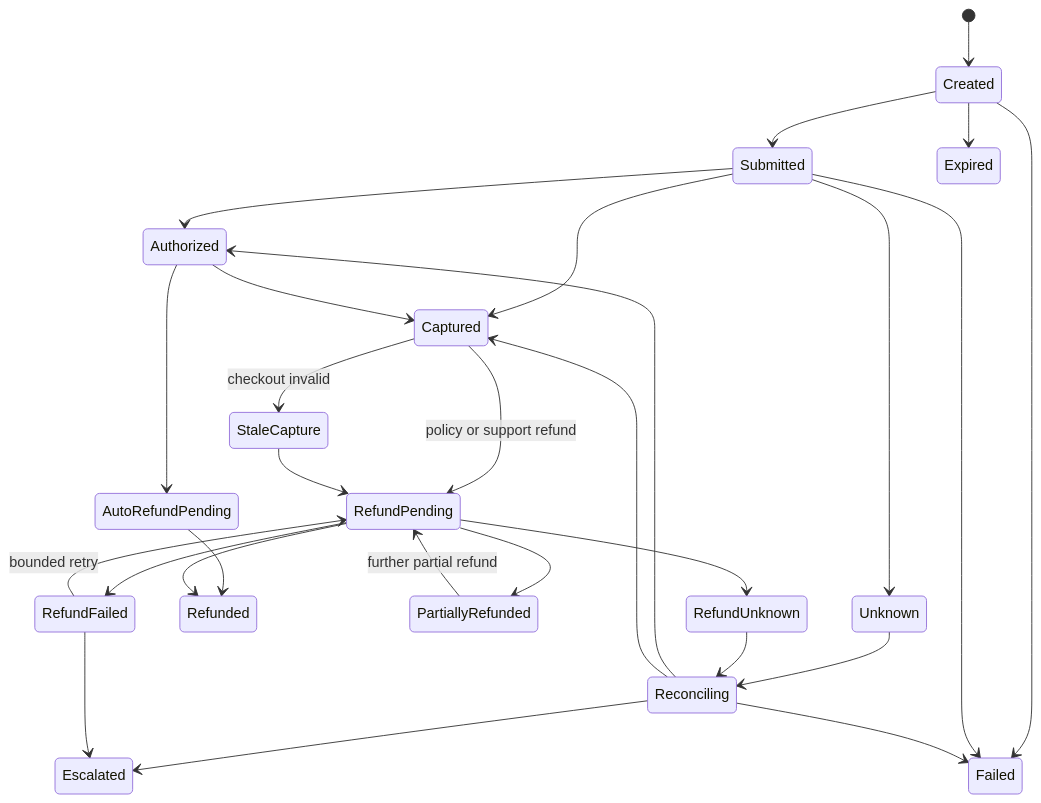
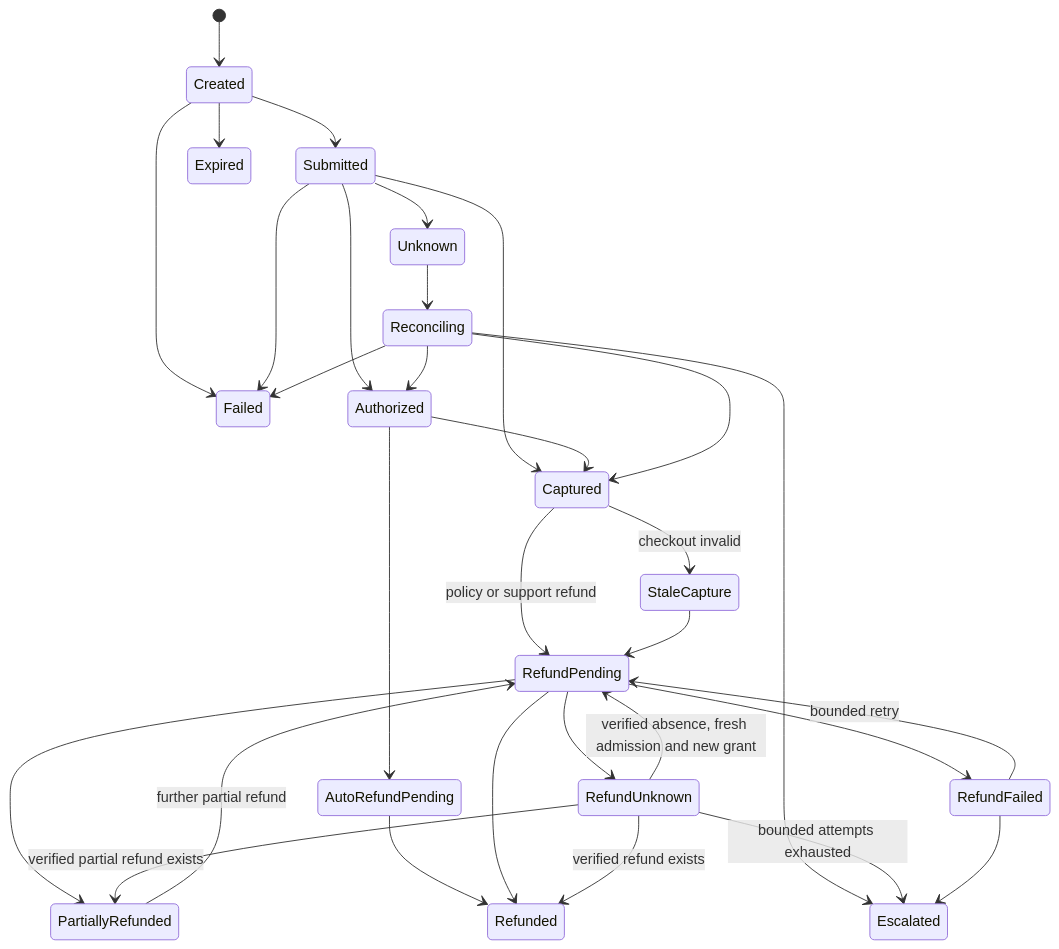
One commit to vedanttyagitech-developer/RazorSharp-Agentic-Commerce-and-AI-based-Business-Growth-Platform changed the fourth of 5 diagrams in PROJECT_SPECIFICATION.md. Above: the diagram before and after it, drawn with Mermaid. The commit also changed other lines of this file and 6 other files, not shown here.

````diff
--- a/PROJECT_SPECIFICATION.md
+++ b/PROJECT_SPECIFICATION.md
@@ -1170,30 +1170,33 @@
 ```mermaid
 stateDiagram-v2
     [*] --> Created
     Created --> Submitted
     Created --> Failed
     Created --> Expired
     Submitted --> Authorized
     Submitted --> Captured
     Submitted --> Failed
     Submitted --> Unknown
     Authorized --> Captured
     Authorized --> AutoRefundPending
     Unknown --> Reconciling
     Reconciling --> Authorized
     Reconciling --> Captured
     Reconciling --> Failed
     Reconciling --> Escalated
     AutoRefundPending --> Refunded
     Captured --> RefundPending: policy or support refund
     Captured --> StaleCapture: checkout invalid
     StaleCapture --> RefundPending
     RefundPending --> PartiallyRefunded
     RefundPending --> Refunded
     RefundPending --> RefundUnknown
     RefundPending --> RefundFailed
     PartiallyRefunded --> RefundPending: further partial refund
-    RefundUnknown --> Reconciling
+    RefundUnknown --> Refunded: verified refund exists
+    RefundUnknown --> PartiallyRefunded: verified partial refund exists
+    RefundUnknown --> RefundPending: verified absence, fresh admission and new grant
+    RefundUnknown --> Escalated: bounded attempts exhausted
     RefundFailed --> RefundPending: bounded retry
     RefundFailed --> Escalated
 ```
````
